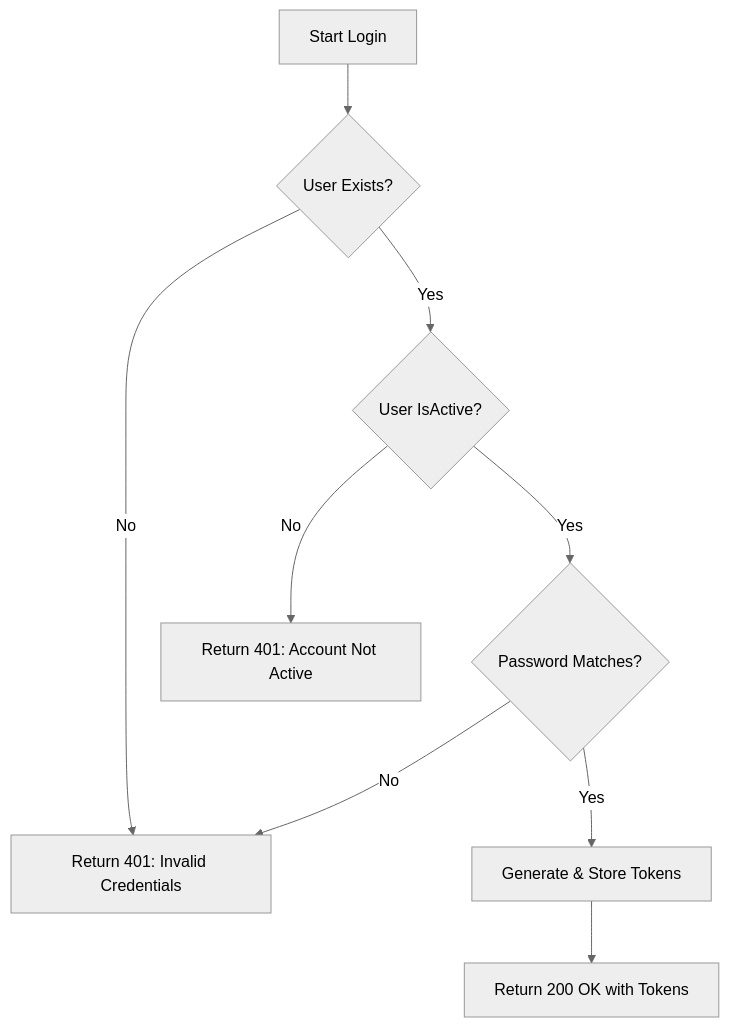
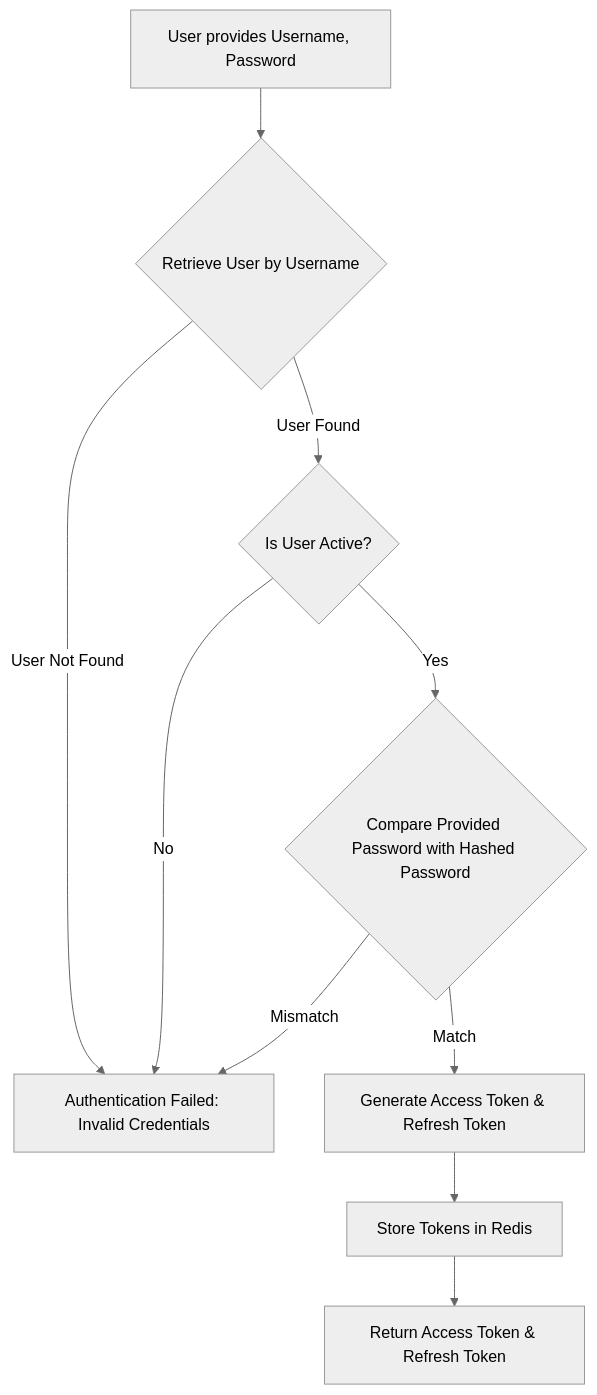
Before and after one commit to MuhibNayem/Quantify: the second of 40 diagrams in backend/docs/business_logic_details.md, drawn with Mermaid (neutral theme). The commit also changed other lines of this file, not shown here.

````diff
--- a/backend/docs/business_logic_details.md
+++ b/backend/docs/business_logic_details.md
@@ -74,11 +100,12 @@
 ```mermaid
 graph TD
-    A[Start Login] --> B{User Exists?};
-    B -- No --> C[Return 401: Invalid Credentials];
-    B -- Yes --> D{User IsActive?};
-    D -- No --> E[Return 401: Account Not Active];
-    D -- Yes --> F{Password Matches?};
-    F -- No --> C;
-    F -- Yes --> G[Generate & Store Tokens];
-    G --> H[Return 200 OK with Tokens];
+    A[User provides Username, Password] --> B{Retrieve User by Username};
+    B -- User Not Found --> C[Authentication Failed: Invalid Credentials];
+    B -- User Found --> D{Is User Active?};
+    D -- No --> C;
+    D -- Yes --> E{Compare Provided Password with Hashed Password};
+    E -- Mismatch --> C;
+    E -- Match --> F[Generate Access Token & Refresh Token];
+    F --> G[Store Tokens in Redis];
+    G --> H[Return Access Token & Refresh Token];
 ```
````
